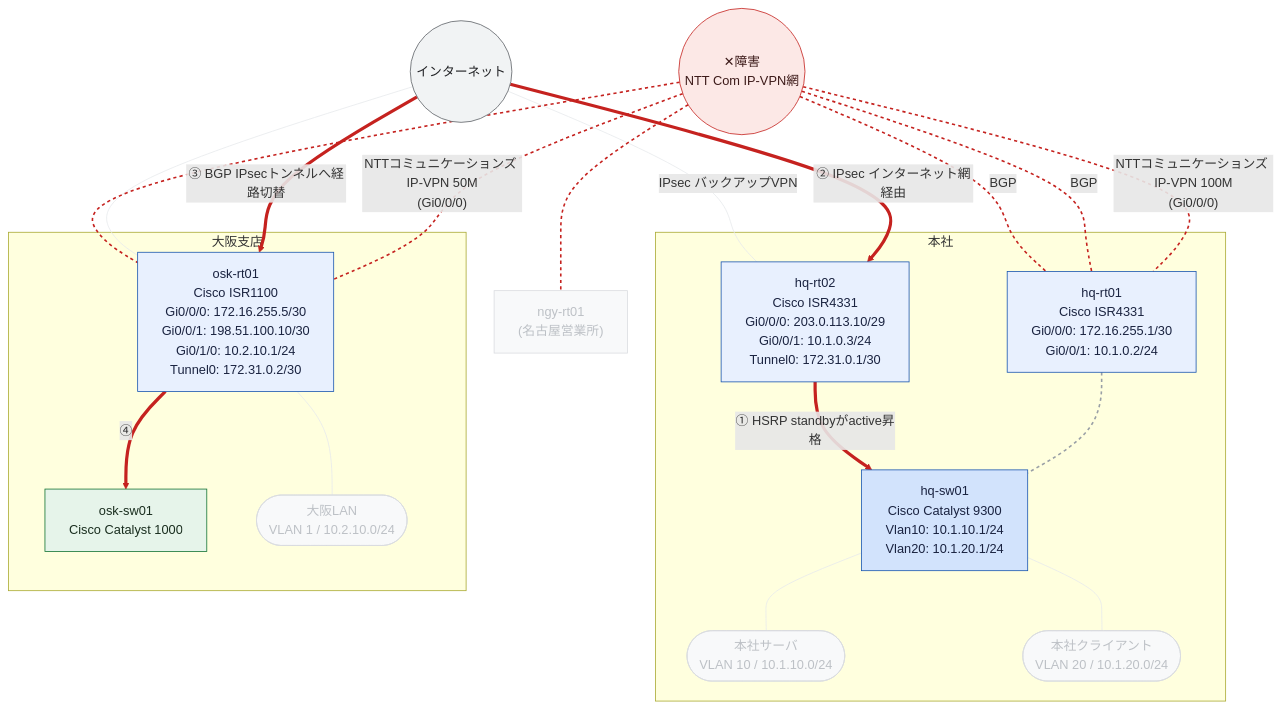
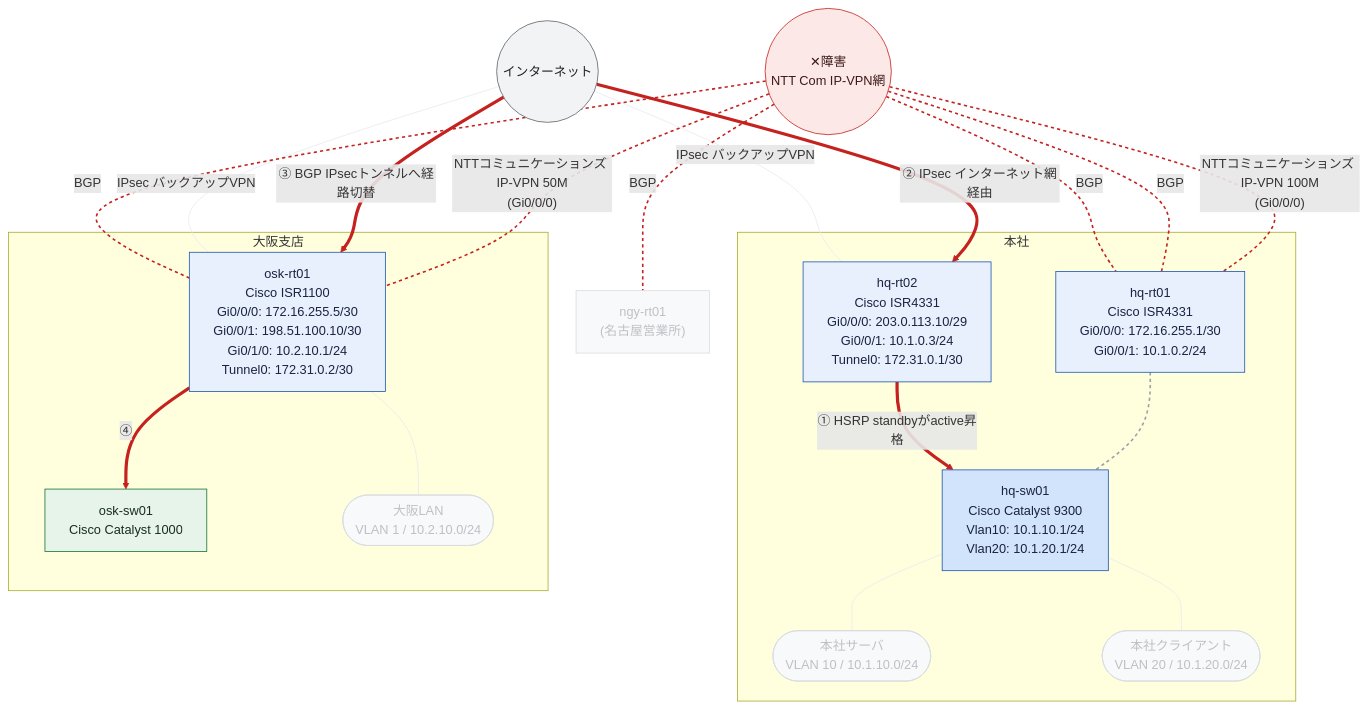
Before and after one commit to thinas1115/nwdsl: the diagram in examples/sample-corp/generated/path-ipvpn-fail.mmd, drawn with Mermaid. The commit also changed 53 other files, not shown here.

First line of the commit message:
論理図で本社だけ配置がズレる問題を修正 (via分割エッジのラベル非対称)

```diff
--- a/examples/sample-corp/generated/path-ipvpn-fail.mmd
+++ b/examples/sample-corp/generated/path-ipvpn-fail.mmd
@@ -1,54 +1,54 @@
 flowchart TB
   subgraph sg_hq["本社"]
     hq_rt01["hq-rt01<br>Cisco ISR4331<br>Gi0/0/0: 172.16.255.1/30<br>Gi0/0/1: 10.1.0.2/24"]
     hq_sw01["hq-sw01<br>Cisco Catalyst 9300<br>Vlan10: 10.1.10.1/24<br>Vlan20: 10.1.20.1/24"]
     hq_rt02["hq-rt02<br>Cisco ISR4331<br>Gi0/0/0: 203.0.113.10/29<br>Gi0/0/1: 10.1.0.3/24<br>Tunnel0: 172.31.0.1/30"]
     seg__hq_server(["本社サーバ<br>VLAN 10 / 10.1.10.0/24"])
     seg__hq_client(["本社クライアント<br>VLAN 20 / 10.1.20.0/24"])
   end
   subgraph sg_osk["大阪支店"]
     osk_rt01["osk-rt01<br>Cisco ISR1100<br>Gi0/0/0: 172.16.255.5/30<br>Gi0/0/1: 198.51.100.10/30<br>Gi0/1/0: 10.2.10.1/24<br>Tunnel0: 172.31.0.2/30"]
     osk_sw01["osk-sw01<br>Cisco Catalyst 1000"]
     seg__osk_lan(["大阪LAN<br>VLAN 1 / 10.2.10.0/24"])
   end
   ipvpn(("✕障害<br>NTT Com IP-VPN網"))
   internet(("インターネット"))
   ngy_rt01["ngy-rt01<br>(名古屋営業所)"]
   hq_rt01 --- hq_sw01
   hq_rt02 -->|"① HSRP standbyがactive昇格"| hq_sw01
   osk_rt01 -->|"④"| osk_sw01
   ipvpn ---|"NTTコミュニケーションズ IP-VPN 100M<br>(Gi0/0/0)"| hq_rt01
   ipvpn ---|"NTTコミュニケーションズ IP-VPN 50M<br>(Gi0/0/0)"| osk_rt01
   internet -->|"② IPsec インターネット網経由"| hq_rt02
   internet -->|"③ BGP IPsecトンネルへ経路切替"| osk_rt01
   internet ---|"IPsec バックアップVPN"| hq_rt02
-  internet --- osk_rt01
+  internet ---|"IPsec バックアップVPN"| osk_rt01
   ipvpn ---|"BGP"| hq_rt01
-  ipvpn --- osk_rt01
+  ipvpn ---|"BGP"| osk_rt01
   ipvpn ---|"BGP"| hq_rt01
-  ipvpn --- ngy_rt01
+  ipvpn ---|"BGP"| ngy_rt01
   hq_sw01 --- seg__hq_server
   hq_sw01 --- seg__hq_client
   osk_rt01 --- seg__osk_lan
 
   classDef node_dim fill:#f8f9fa,stroke:#dadce0,color:#bdc1c6
   classDef node_failed fill:#fce8e6,stroke:#c5221f,color:#3c1a19
   classDef role_router fill:#e8f0fe,stroke:#1a56b0,color:#1a2340
   classDef role_l3switch fill:#d2e3fc,stroke:#1a56b0,color:#1a2340
   classDef role_l2switch fill:#e6f4ea,stroke:#137333,color:#1a2e1f
   classDef role_firewall fill:#fce8e6,stroke:#c5221f,color:#3c1a19
   classDef role_other fill:#f1f3f4,stroke:#5f6368,color:#202124
   classDef node_cloud fill:#f1f3f4,stroke:#5f6368,color:#202124
   classDef node_site fill:#fff8e1,stroke:#b58105,color:#4a3a08
   classDef node_segment fill:#e2f5f0,stroke:#0f766e,color:#0b3d38
   classDef node_external fill:#ffffff,stroke:#9aa0a6,stroke-dasharray:3 3,color:#5f6368
   class hq_rt01,hq_rt02,osk_rt01 role_router
   class hq_sw01 role_l3switch
   class osk_sw01 role_l2switch
   class ipvpn node_failed
   class internet node_cloud
   class ngy_rt01,seg__hq_server,seg__hq_client,seg__osk_lan node_dim
   linkStyle 0 stroke:#9aa0a6,stroke-width:2px,stroke-dasharray:4 4
   linkStyle 1,2,5,6 stroke:#c5221f,stroke-width:4px
   linkStyle 3,4,9,10,11,12 stroke:#c5221f,stroke-width:2px,stroke-dasharray:4 4
   linkStyle 7,8,13,14,15 stroke:#e8eaed,stroke-width:1px
```
